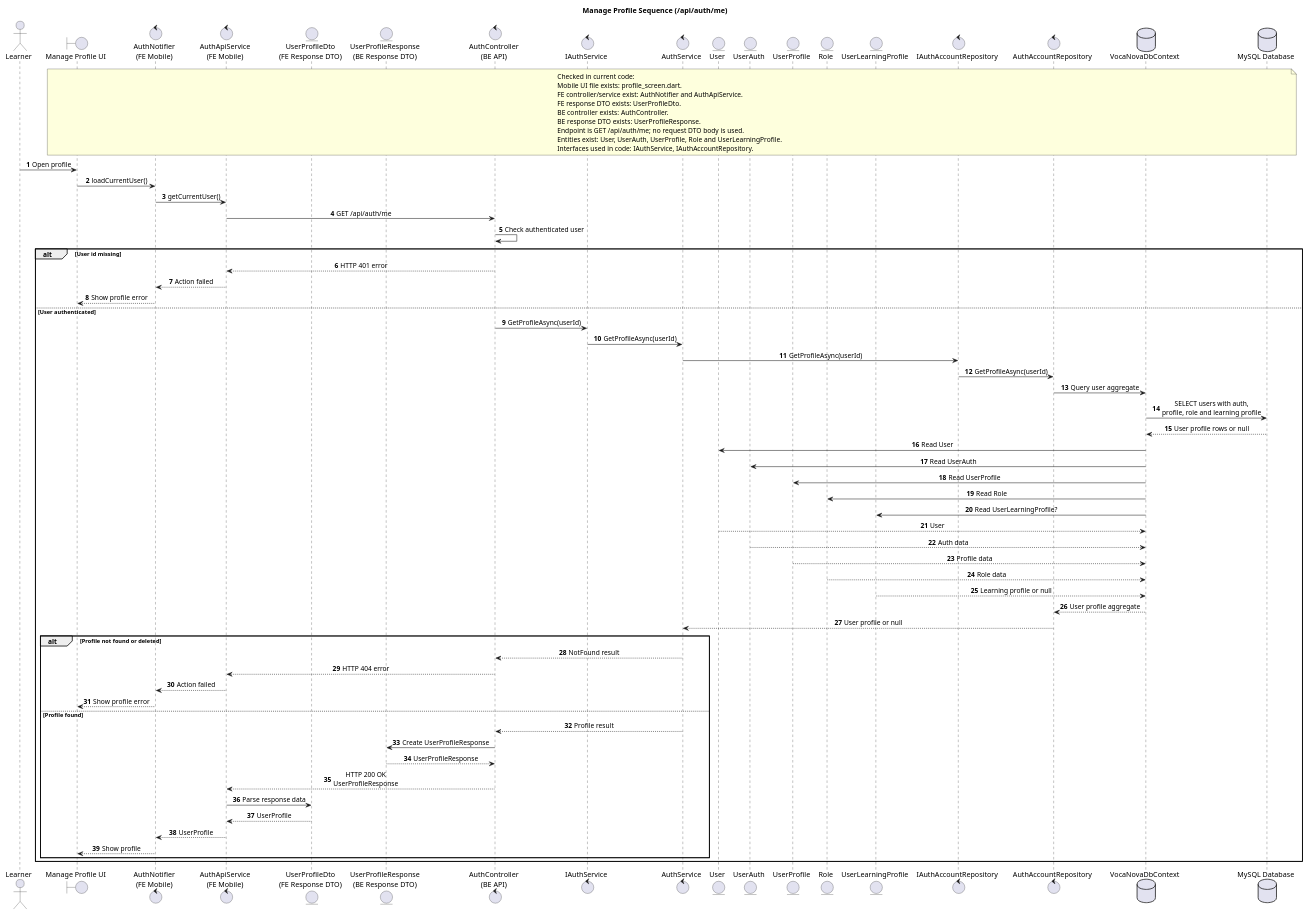
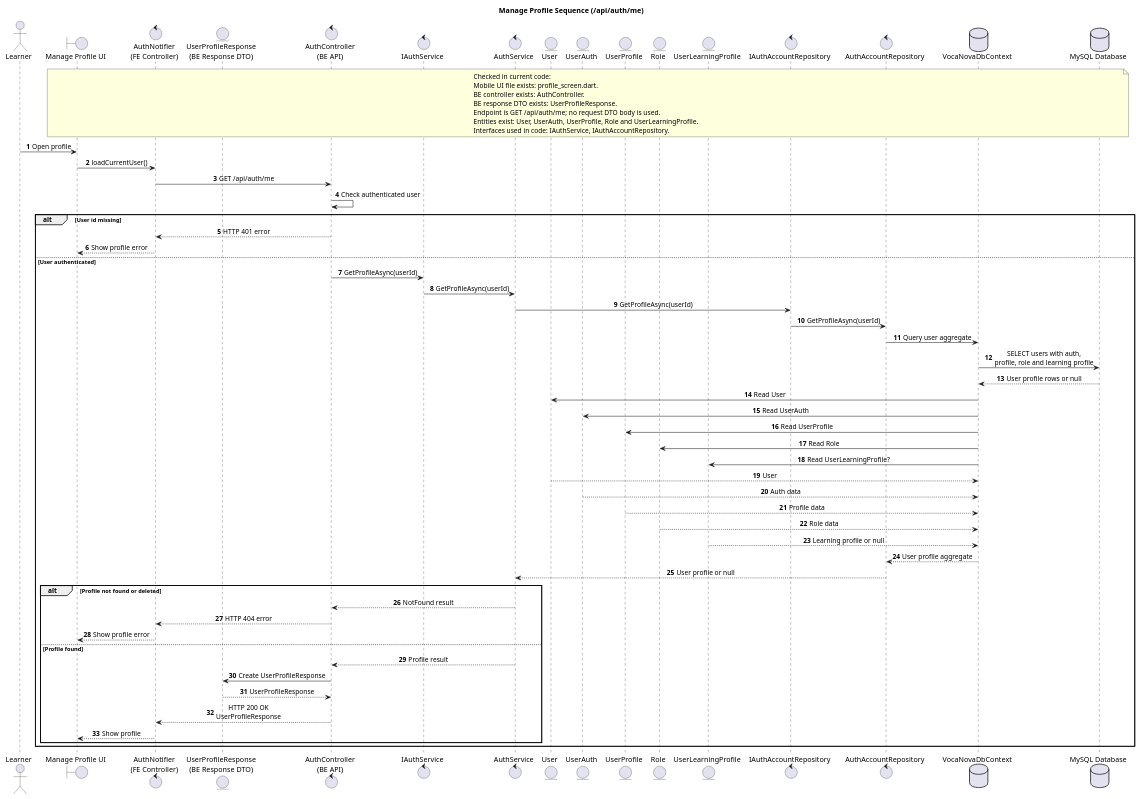
Before and after one commit to thisIsCenx04/VocaNova: the diagram in docs/diagrams/mobile-manage-profile-sequence.puml, drawn with PlantUML. The commit also changed 26 other files, not shown here.

Commit message:
fix/update_v2_class and sequences

```diff
--- a/docs/diagrams/mobile-manage-profile-sequence.puml
+++ b/docs/diagrams/mobile-manage-profile-sequence.puml
@@ -1,87 +1,77 @@
 @startuml
 title Manage Profile Sequence (/api/auth/me)
 
 autonumber
 skinparam responseMessageBelowArrow true
 skinparam sequenceMessageAlign center
 
 actor Learner
 boundary "Manage Profile UI" as ProfileUi
-control "AuthNotifier\n(FE Mobile)" as FeController
-control "AuthApiService\n(FE Mobile)" as FeApiService
-entity "UserProfileDto\n(FE Response DTO)" as FeProfileDto
+control "AuthNotifier\n(FE Controller)" as FeController
 entity "UserProfileResponse\n(BE Response DTO)" as BeProfileDto
 control "AuthController\n(BE API)" as BeController
 control "IAuthService" as IAuthService
 control "AuthService" as AuthService
 entity "User" as UserEntity
 entity "UserAuth" as UserAuthEntity
 entity "UserProfile" as UserProfileEntity
 entity "Role" as RoleEntity
 entity "UserLearningProfile" as LearningProfileEntity
 control "IAuthAccountRepository" as IAuthAccountRepository
 control "AuthAccountRepository" as AccountRepository
 database "VocaNovaDbContext" as DbContext
 database "MySQL Database" as MySQL
 
 note over ProfileUi, MySQL
 Checked in current code:
 Mobile UI file exists: profile_screen.dart.
-FE controller/service exist: AuthNotifier and AuthApiService.
-FE response DTO exists: UserProfileDto.
 BE controller exists: AuthController.
 BE response DTO exists: UserProfileResponse.
 Endpoint is GET /api/auth/me; no request DTO body is used.
 Entities exist: User, UserAuth, UserProfile, Role and UserLearningProfile.
 Interfaces used in code: IAuthService, IAuthAccountRepository.
 end note
 
 Learner -> ProfileUi: Open profile
 ProfileUi -> FeController: loadCurrentUser()
-FeController -> FeApiService: getCurrentUser()
-FeApiService -> BeController: GET /api/auth/me
+FeController -> BeController: GET /api/auth/me
 BeController -> BeController: Check authenticated user
 
 alt User id missing
-    BeController --> FeApiService: HTTP 401 error
-    FeApiService --> FeController: Action failed
+    BeController --> FeController: HTTP 401 error
     FeController --> ProfileUi: Show profile error
 else User authenticated
     BeController -> IAuthService: GetProfileAsync(userId)
     IAuthService -> AuthService: GetProfileAsync(userId)
     AuthService -> IAuthAccountRepository: GetProfileAsync(userId)
     IAuthAccountRepository -> AccountRepository: GetProfileAsync(userId)
     AccountRepository -> DbContext: Query user aggregate
     DbContext -> MySQL: SELECT users with auth,\nprofile, role and learning profile
     MySQL --> DbContext: User profile rows or null
     DbContext -> UserEntity: Read User
     DbContext -> UserAuthEntity: Read UserAuth
     DbContext -> UserProfileEntity: Read UserProfile
     DbContext -> RoleEntity: Read Role
     DbContext -> LearningProfileEntity: Read UserLearningProfile?
     UserEntity --> DbContext: User
     UserAuthEntity --> DbContext: Auth data
     UserProfileEntity --> DbContext: Profile data
     RoleEntity --> DbContext: Role data
     LearningProfileEntity --> DbContext: Learning profile or null
     DbContext --> AccountRepository: User profile aggregate
     AccountRepository --> AuthService: User profile or null
 
     alt Profile not found or deleted
         AuthService --> BeController: NotFound result
-        BeController --> FeApiService: HTTP 404 error
-        FeApiService --> FeController: Action failed
+        BeController --> FeController: HTTP 404 error
         FeController --> ProfileUi: Show profile error
     else Profile found
         AuthService --> BeController: Profile result
         BeController -> BeProfileDto: Create UserProfileResponse
         BeProfileDto --> BeController: UserProfileResponse
-        BeController --> FeApiService: HTTP 200 OK\nUserProfileResponse
-        FeApiService -> FeProfileDto: Parse response data
-        FeProfileDto --> FeApiService: UserProfile
-        FeApiService --> FeController: UserProfile
+        BeController --> FeController: HTTP 200 OK\nUserProfileResponse
         FeController --> ProfileUi: Show profile
     end
 end
 
 @enduml
```
